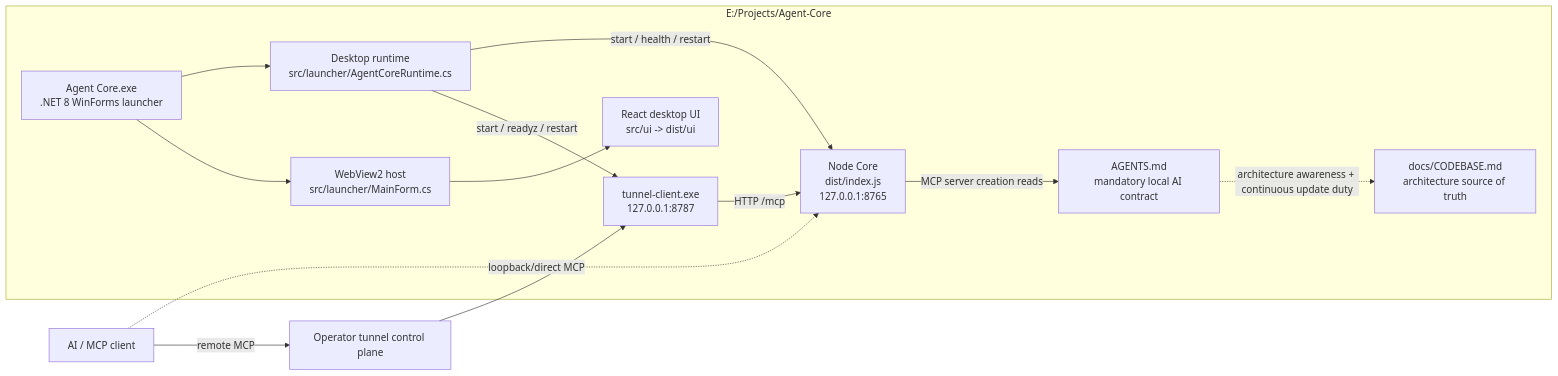
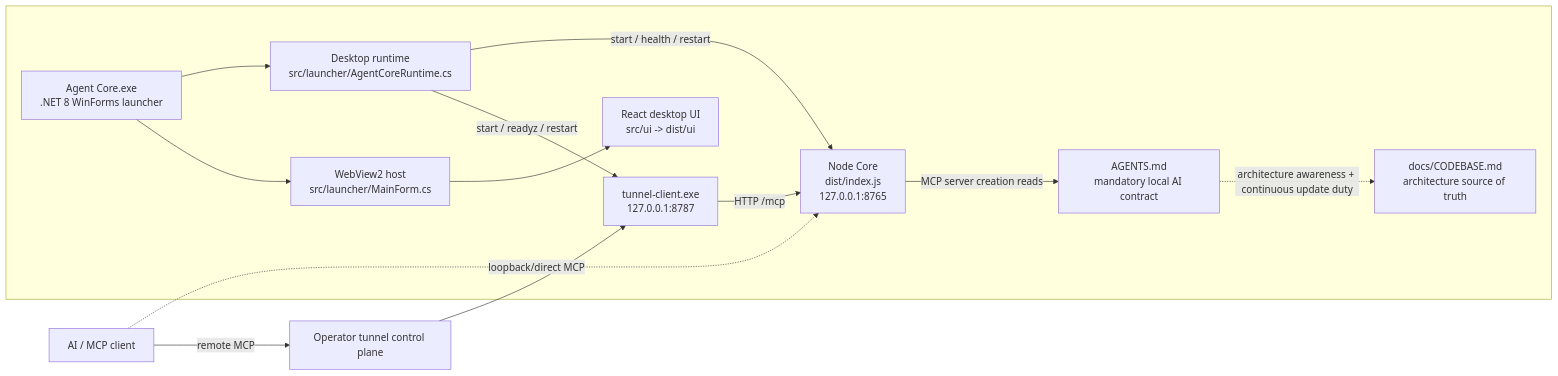
One commit to Black-Project-Agent-Core/Agent-Core changed the first of 7 diagrams in docs/CODEBASE.md. Above: the diagram before and after it, drawn with Mermaid. The commit also changed other lines of this file and 816 other files, not shown here.

Commit message:
backup: sync current Agent Core v0.12.0

````diff
--- a/docs/CODEBASE.md
+++ b/docs/CODEBASE.md
@@ -2052,25 +2563,25 @@
 ```mermaid
 flowchart LR
   AI["AI / MCP client"]
   CP["Operator tunnel control plane"]
 
-  subgraph ROOT["E:/Projects/Agent-Core"]
+  subgraph ROOT["<PROJECT_ROOT>"]
     EXE["Agent Core.exe<br/>.NET 8 WinForms launcher"]
     UI["React desktop UI<br/>src/ui -> dist/ui"]
     WV["WebView2 host<br/>src/launcher/MainForm.cs"]
     RT["Desktop runtime<br/>src/launcher/AgentCoreRuntime.cs"]
     TC["tunnel-client.exe<br/>127.0.0.1:8787"]
     NC["Node Core<br/>dist/index.js<br/>127.0.0.1:8765"]
     AG["AGENTS.md<br/>mandatory local AI contract"]
     CB["docs/CODEBASE.md<br/>architecture source of truth"]
   end
 
   AI -->|remote MCP| CP --> TC -->|HTTP /mcp| NC
   AI -. loopback/direct MCP .-> NC
   EXE --> RT
   EXE --> WV --> UI
   RT -->|start / health / restart| NC
   RT -->|start / readyz / restart| TC
   NC -->|MCP server creation reads| AG
   AG -. architecture awareness + continuous update duty .-> CB
 ```
````
